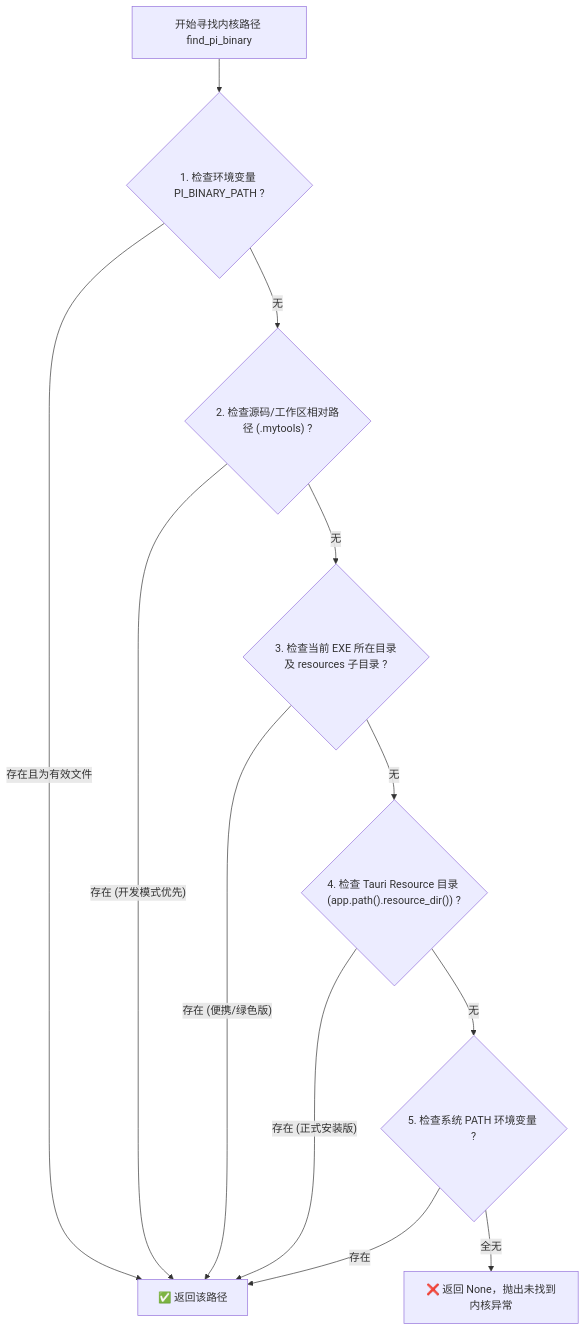
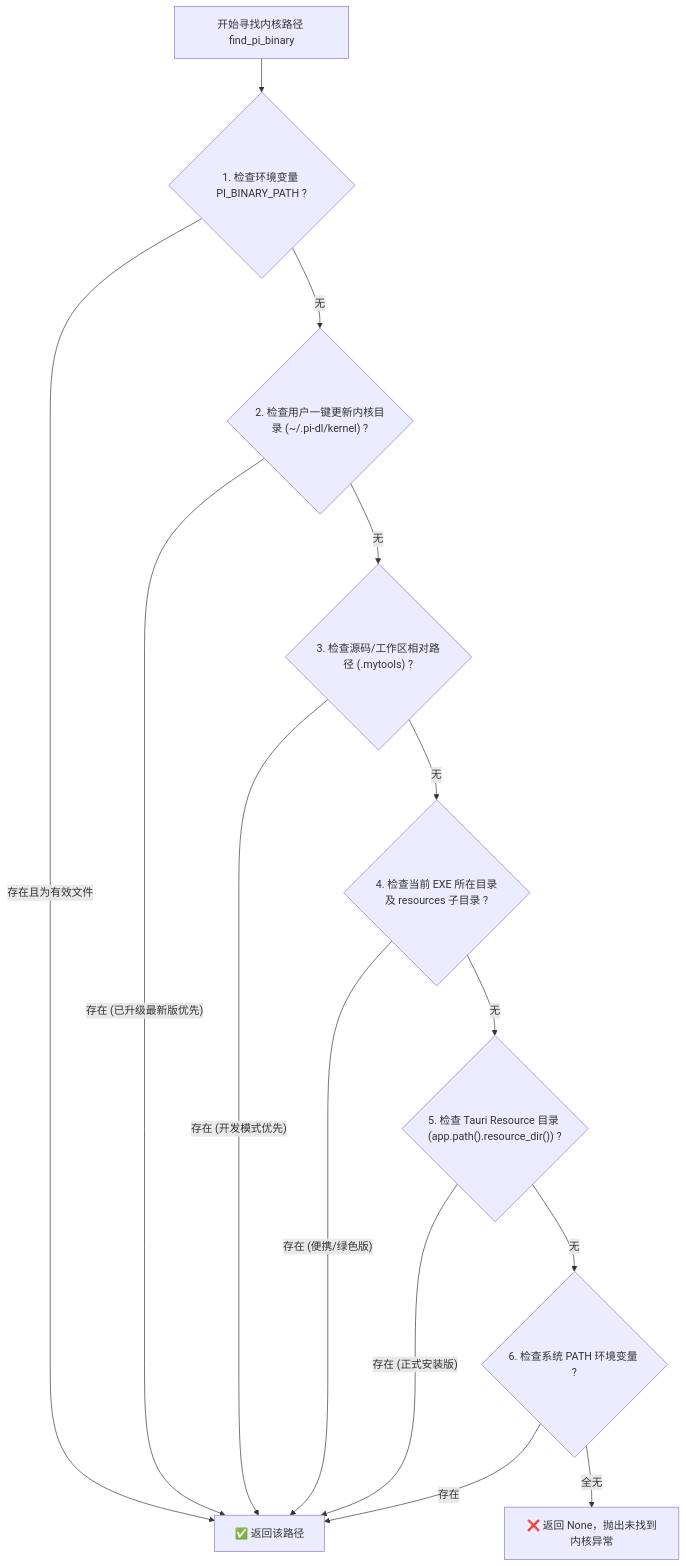
Before and after one commit to jiangyinluwei/pi-desktop-lite: the diagram in .agents/skills/desktop-kernel-lifecycle/SKILL.md, drawn with Mermaid. The commit also changed other lines of this file and 16 other files, not shown here.

````diff
--- a/.agents/skills/desktop-kernel-lifecycle/SKILL.md
+++ b/.agents/skills/desktop-kernel-lifecycle/SKILL.md
@@ -23,14 +23,16 @@
 ```mermaid
 flowchart TD
     Start["开始寻找内核路径 find_pi_binary"] --> Step1{"1. 检查环境变量 PI_BINARY_PATH ?"}
     Step1 -- 存在且为有效文件 --> ReturnPath["✅ 返回该路径"]
-    Step1 -- 无 --> Step2{"2. 检查源码/工作区相对路径 (.mytools) ?"}
-    Step2 -- 存在 (开发模式优先) --> ReturnPath
-    Step2 -- 无 --> Step3{"3. 检查当前 EXE 所在目录及 resources 子目录 ?"}
-    Step3 -- 存在 (便携/绿色版) --> ReturnPath
-    Step3 -- 无 --> Step4{"4. 检查 Tauri Resource 目录 (app.path().resource_dir()) ?"}
-    Step4 -- 存在 (正式安装版) --> ReturnPath
-    Step4 -- 无 --> Step5{"5. 检查系统 PATH 环境变量 ?"}
-    Step5 -- 存在 --> ReturnPath
-    Step5 -- 全无 --> ReturnNone["❌ 返回 None，抛出未找到内核异常"]
+    Step1 -- 无 --> Step2{"2. 检查用户一键更新内核目录 (~/.pi-dl/kernel) ?"}
+    Step2 -- 存在 (已升级最新版优先) --> ReturnPath
+    Step2 -- 无 --> Step3{"3. 检查源码/工作区相对路径 (.mytools) ?"}
+    Step3 -- 存在 (开发模式优先) --> ReturnPath
+    Step3 -- 无 --> Step4{"4. 检查当前 EXE 所在目录及 resources 子目录 ?"}
+    Step4 -- 存在 (便携/绿色版) --> ReturnPath
+    Step4 -- 无 --> Step5{"5. 检查 Tauri Resource 目录 (app.path().resource_dir()) ?"}
+    Step5 -- 存在 (正式安装版) --> ReturnPath
+    Step5 -- 无 --> Step6{"6. 检查系统 PATH 环境变量 ?"}
+    Step6 -- 存在 --> ReturnPath
+    Step6 -- 全无 --> ReturnNone["❌ 返回 None，抛出未找到内核异常"]
 ```
````
